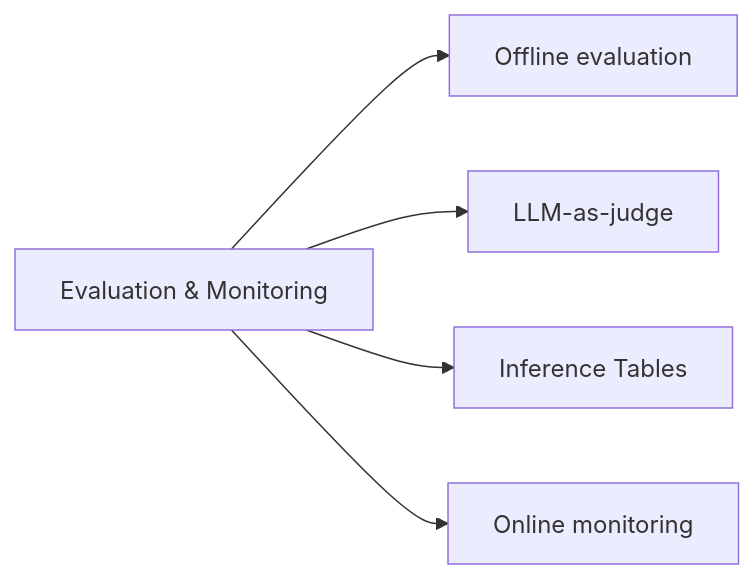
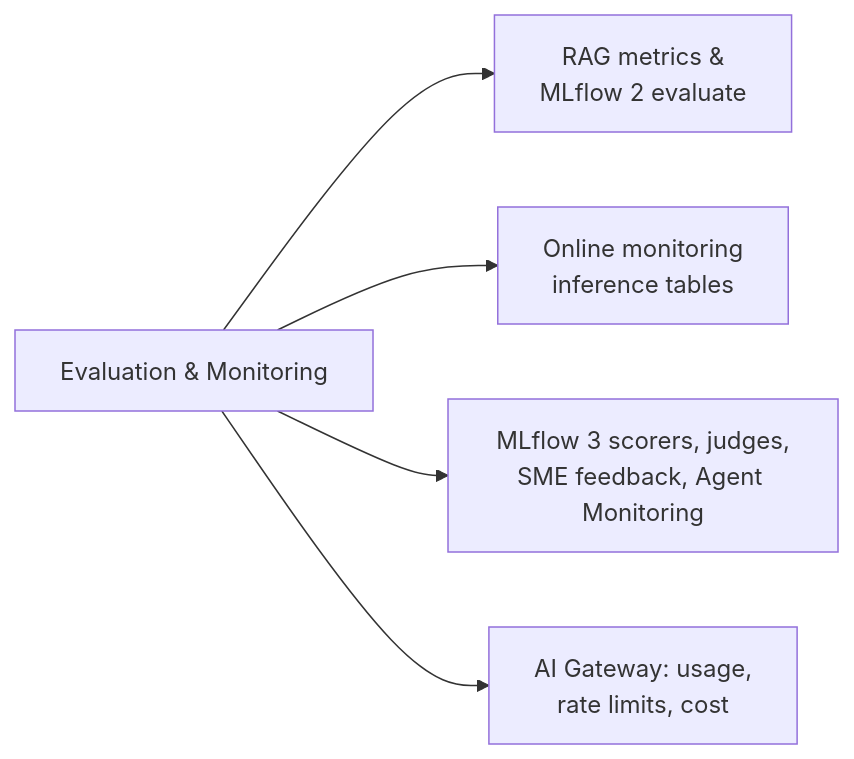
Before and after one commit to kengio/databricks-certification-study-guide: the diagram in certifications/genai-engineer-associate/05-evaluation-and-monitoring/README.md, drawn with Mermaid. The commit also changed other lines of this file and 52 other files, not shown here.

````diff
--- a/certifications/genai-engineer-associate/05-evaluation-and-monitoring/README.md
+++ b/certifications/genai-engineer-associate/05-evaluation-and-monitoring/README.md
@@ -18,7 +18,7 @@
 ```mermaid
 flowchart LR
-    EM[Evaluation & Monitoring] --> Eval[Offline evaluation]
-    EM --> Judge[LLM-as-judge]
-    EM --> IT[Inference Tables]
-    EM --> Mon[Online monitoring]
+    EM[Evaluation & Monitoring] --> M2[RAG metrics &<br/>MLflow 2 evaluate]
+    EM --> OM[Online monitoring<br/>inference tables]
+    EM --> M3[MLflow 3 scorers, judges,<br/>SME feedback, Agent Monitoring]
+    EM --> GW[AI Gateway: usage,<br/>rate limits, cost]
 ```
````
